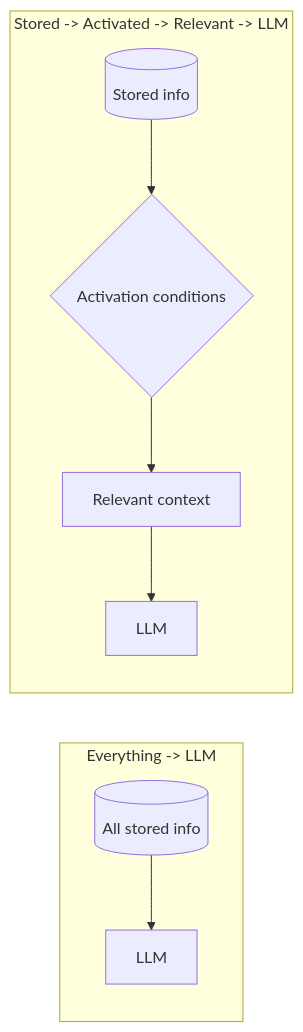
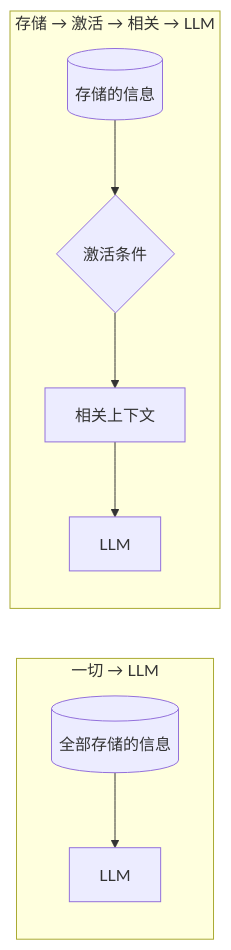
Before and after one commit to steve02081504/fount: the diagram in .github/pages/blog/articles/dont-put-everything-in-the-context/zh-CN.md, drawn with Mermaid. The commit also changed other lines of this file and 12 other files, not shown here.

````diff
--- a/.github/pages/blog/articles/dont-put-everything-in-the-context/zh-CN.md
+++ b/.github/pages/blog/articles/dont-put-everything-in-the-context/zh-CN.md
@@ -35,9 +35,9 @@
 ```mermaid
 flowchart LR
-    subgraph Bad["Everything -> LLM"]
-        A1[("All stored info")] --> M1["LLM"]
+    subgraph Bad["一切 → LLM"]
+        A1[("全部存储的信息")] --> M1["LLM"]
     end
-    subgraph Good["Stored -> Activated -> Relevant -> LLM"]
-        A2[("Stored info")] --> R2{"Activation conditions"} --> C2["Relevant context"] --> M2["LLM"]
+    subgraph Good["存储 → 激活 → 相关 → LLM"]
+        A2[("存储的信息")] --> R2{"激活条件"} --> C2["相关上下文"] --> M2["LLM"]
     end
 ```
````
